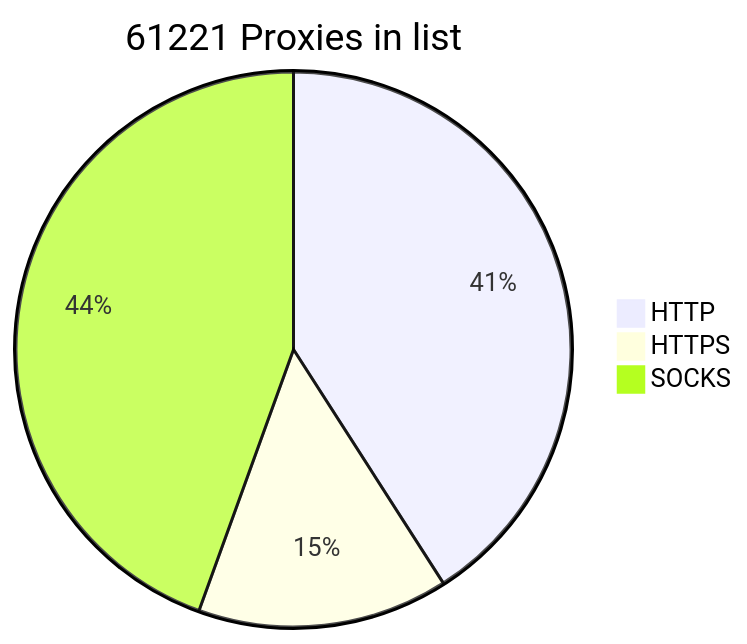
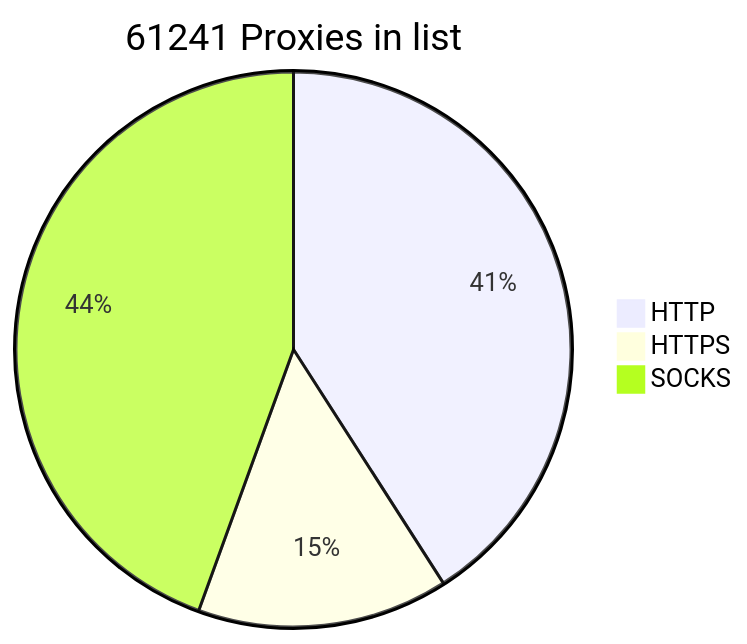
The diagram in README.md (BlackSnowDot/proxylist-update-every-minute), drawn with Mermaid before and after one commit.

````diff
--- a/README.md
+++ b/README.md
@@ -2,6 +2,6 @@
 ```mermaid
-pie title 61221 Proxies in list
-    "HTTP" : 28394
-    "HTTPS": 10131
+pie title 61241 Proxies in list
+    "HTTP" : 28402
+    "HTTPS": 10146
     "SOCKS" : 30855
 ```
````
